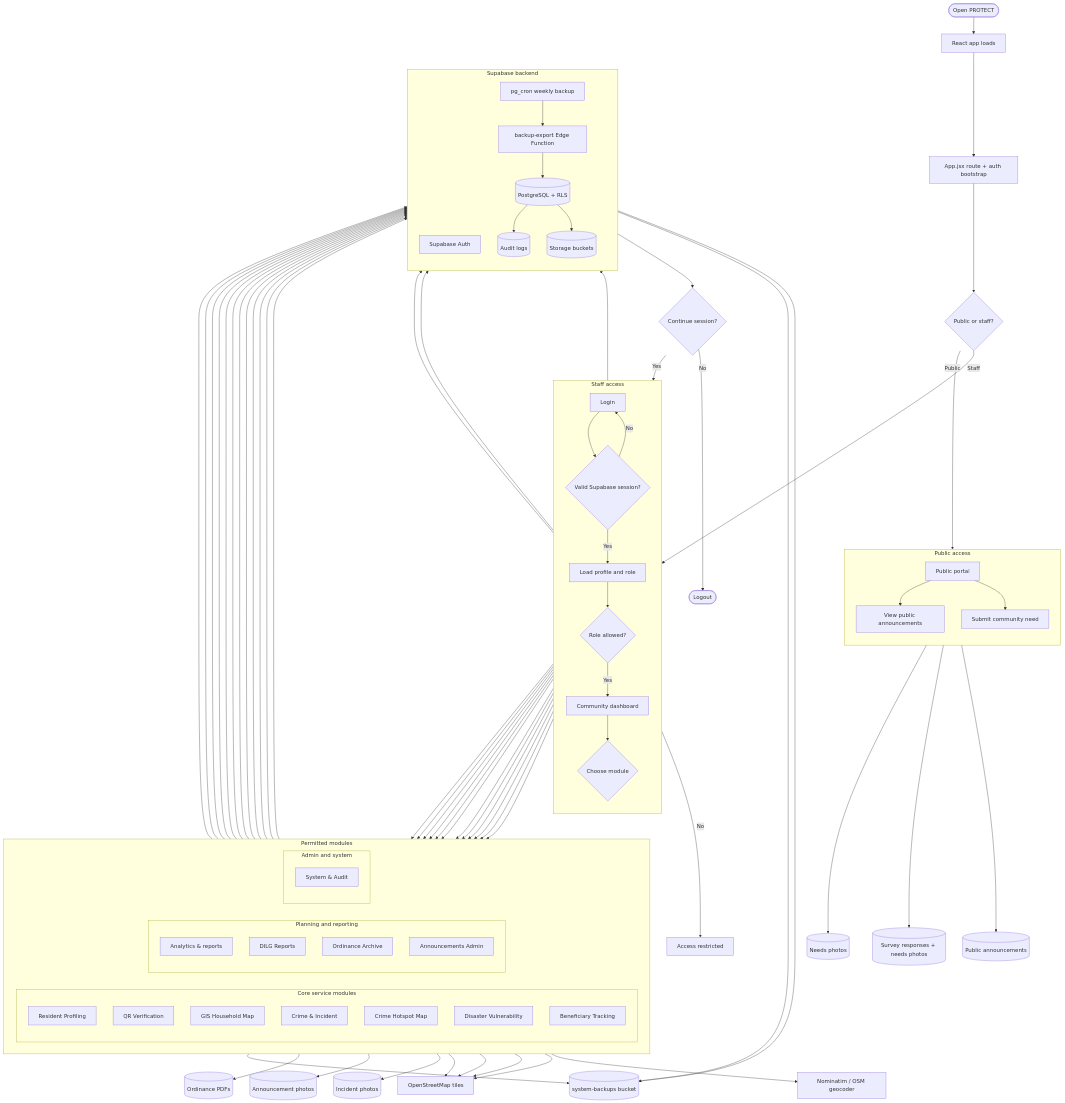
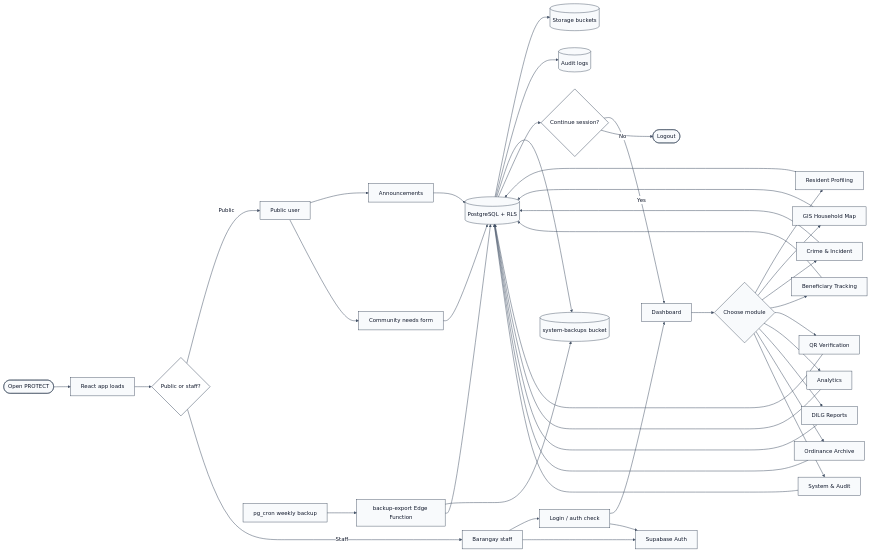
The diagram in diagrams/system_flow.mmd (KellyEspera/protect), drawn with Mermaid before and after one commit. The commit also changed 1 other file, not shown here.

```diff
--- a/diagrams/system_flow.mmd
+++ b/diagrams/system_flow.mmd
@@ -1,125 +1,56 @@
-flowchart TB
-  Start([Open PROTECT]) --> App[React app loads]
-  App --> Router[App.jsx route + auth bootstrap]
-  Router --> Access{Public or staff?}
+%%{init: {'theme':'base','themeVariables': {'primaryColor':'#f8fafc','primaryTextColor':'#0f172a','primaryBorderColor':'#475569','lineColor':'#475569','secondaryColor':'#ffffff','tertiaryColor':'#ffffff'}} }%%
+flowchart LR
+    Start([Open PROTECT]) --> App[React app loads]
+    App --> Access{Public or staff?}
 
-  subgraph PublicFlow[Public access]
-    direction TB
-    PublicRoute[Public portal]
-    PublicAnnounce[View public announcements]
-    NeedsForm[Submit community need]
-  end
+    Access -->|Public| Public[Public user]
+    Public --> Announcements[Announcements]
+    Public --> Needs[Community needs form]
 
-  Access -- Public --> PublicRoute
-  PublicRoute --> PublicAnnounce
-  PublicRoute --> NeedsForm
-  PublicAnnounce --> PublicData[(Public announcements)]
-  NeedsForm --> NeedsData[(Survey responses + needs photos)]
+    Access -->|Staff| Staff[Barangay staff]
+    Staff --> Login[Login / auth check]
+    Login --> Dashboard[Dashboard]
+    Dashboard --> Module{Choose module}
 
-  subgraph StaffFlow[Staff access]
-    direction TB
-    Login[Login]
-    Session{Valid Supabase session?}
-    Profile[Load profile and role]
-    Permission{Role allowed?}
-    Dashboard[Community dashboard]
-    Module{Choose module}
-  end
+    Module --> Residents[Resident Profiling]
+    Module --> GIS[GIS Household Map]
+    Module --> Incident[Crime & Incident]
+    Module --> Benefits[Beneficiary Tracking]
+    Module --> QR[QR Verification]
+    Module --> Analytics[Analytics]
+    Module --> Reports[DILG Reports]
+    Module --> Ordinance[Ordinance Archive]
+    Module --> Audit[System & Audit]
 
-  Access -- Staff --> Login
-  Login --> Session
-  Session -- No --> Login
-  Session -- Yes --> Profile
-  Profile --> Permission
-  Permission -- No --> Restricted[Access restricted]
-  Permission -- Yes --> Dashboard
-  Dashboard --> Module
+    Staff --> Auth[Supabase Auth]
+    Login --> Auth
 
-  subgraph Modules[Permitted modules]
-    direction LR
+    Residents --> DB[(PostgreSQL + RLS)]
+    GIS --> DB
+    Incident --> DB
+    Benefits --> DB
+    QR --> DB
+    Analytics --> DB
+    Reports --> DB
+    Ordinance --> DB
+    Audit --> DB
+    Announcements --> DB
+    Needs --> DB
 
-    subgraph CoreModules[Core service modules]
-      direction TB
-      Residents[Resident Profiling]
-      QR[QR Verification]
-      GIS[GIS Household Map]
-      Crime[Crime & Incident]
-      Hotspot[Crime Hotspot Map]
-      Disaster[Disaster Vulnerability]
-      Beneficiary[Beneficiary Tracking]
-    end
+    DB --> Storage[(Storage buckets)]
+    DB --> AuditLogs[(Audit logs)]
+    DB --> Backup[(system-backups bucket)]
 
-    subgraph PlanningModules[Planning and reporting]
-      direction TB
-      Analytics[Analytics & reports]
-      Reports[DILG Reports]
-      Ordinance[Ordinance Archive]
-      AnnounceAdmin[Announcements Admin]
-    end
+    Cron[pg_cron weekly backup] --> Export[backup-export Edge Function]
+    Export --> Backup
+    Export --> DB
 
-    subgraph AdminModules[Admin and system]
-      direction TB
-      AdminTools[System & Audit]
-    end
-  end
+    DB --> Continue{Continue session?}
+    Continue -->|Yes| Dashboard
+    Continue -->|No| Logout([Logout])
 
-  Module --> Residents
-  Module --> QR
-  Module --> GIS
-  Module --> Crime
-  Module --> Hotspot
-  Module --> Disaster
-  Module --> Beneficiary
-  Module --> Analytics
-  Module --> Reports
-  Module --> Ordinance
-  Module --> AnnounceAdmin
-  Module --> AdminTools
-
-  subgraph Backend[Supabase backend]
-    direction TB
-    Auth[Supabase Auth]
-    DB[(PostgreSQL + RLS)]
-    Storage[(Storage buckets)]
-    Audit[(Audit logs)]
-    Cron[pg_cron weekly backup]
-    Export[backup-export Edge Function]
-  end
-
-  Login --> Auth
-  Session --> Auth
-  Profile --> DB
-  Residents --> DB
-  QR --> DB
-  GIS --> DB
-  Crime --> DB
-  Hotspot --> DB
-  Disaster --> DB
-  Beneficiary --> DB
-  Analytics --> DB
-  Reports --> DB
-  AdminTools --> DB
-  Ordinance --> DB
-  AnnounceAdmin --> DB
-  DB --> Audit
-
-  GIS --> Geo[Nominatim / OSM geocoder]
-  GIS --> Tiles[OpenStreetMap tiles]
-  Crime --> Tiles
-  Hotspot --> Tiles
-  Disaster --> Tiles
-
-  Crime --> IncidentPhoto[(Incident photos)]
-  AnnounceAdmin --> AnnPhoto[(Announcement photos)]
-  NeedsForm --> NeedsPhoto[(Needs photos)]
-  Ordinance --> OrdinancePDF[(Ordinance PDFs)]
-  AdminTools --> BackupStore[(system-backups bucket)]
-  Cron --> Export
-  Export --> BackupStore
-  Export --> DB
-  DB --> Storage
-  Storage --> BackupStore
-
-  DB --> Continue{Continue session?}
-  Continue -- Yes --> Dashboard
-  Continue -- No --> Logout([Logout])
+    classDef decision fill:#ffffff,stroke:#475569,stroke-width:1.5px,color:#0f172a;
+    classDef node fill:#f8fafc,stroke:#334155,stroke-width:1.2px,color:#0f172a;
+    class Start,App,Public,Staff,Login,Dashboard,Module,Announcements,Needs,Residents,GIS,Incident,Benefits,QR,Analytics,Reports,Ordinance,Audit,Auth,DB,Storage,AuditLogs,Backup,Cron,Export,Logout node;
+    class Access,Continue decision;
+    linkStyle default stroke:#475569,stroke-width:1.5px;
```
